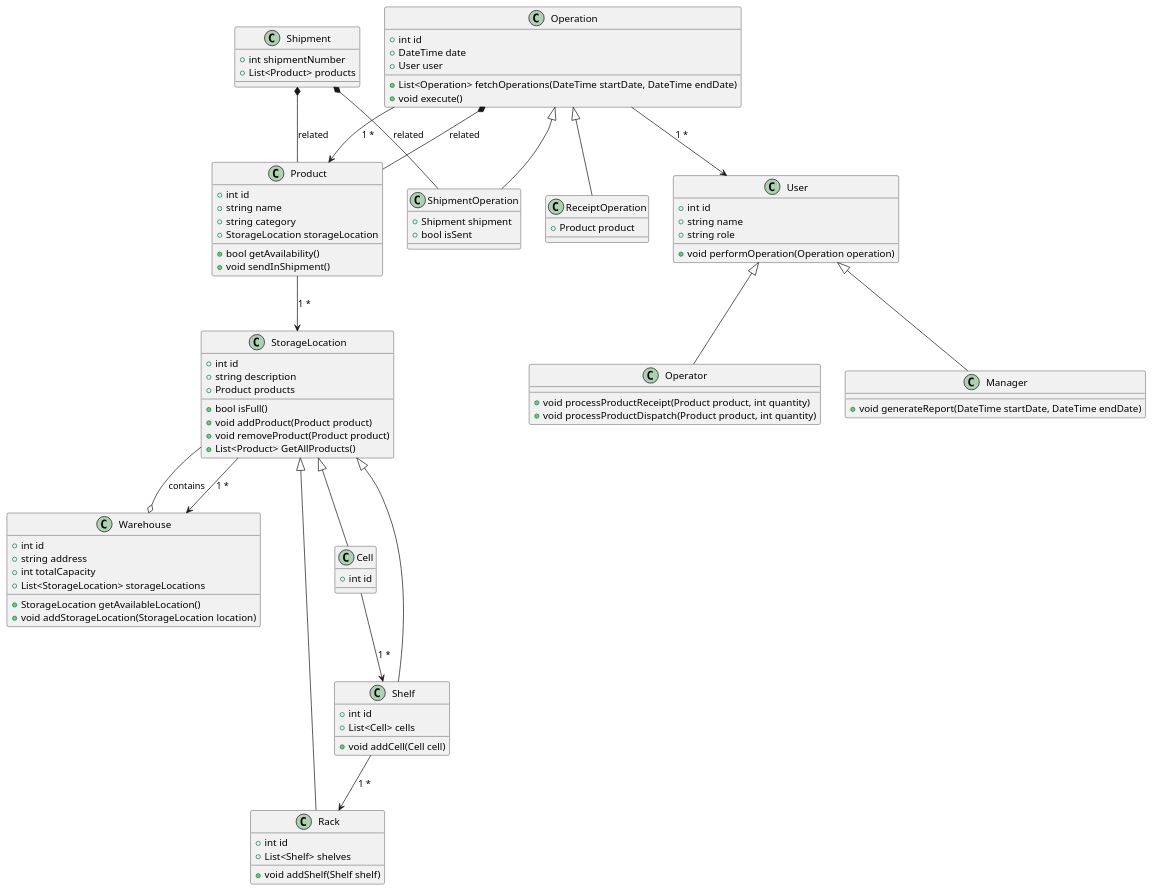
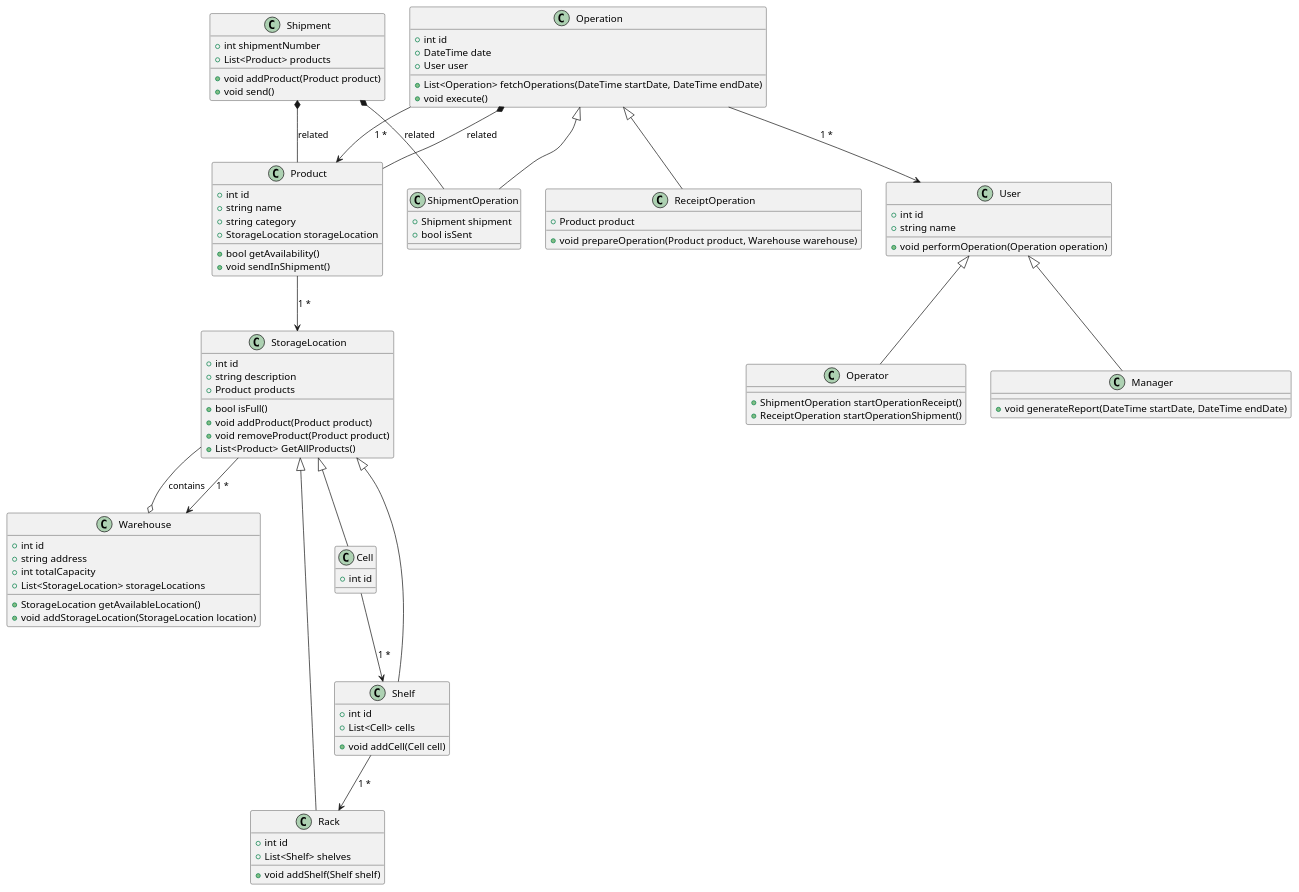
Before and after one commit to penamarth/bsbo-01-22_team6_var6: the diagram in Модель предметной области.md, drawn with PlantUML. The commit also changed 1 other file, not shown here.

```diff
--- a/Модель предметной области.md
+++ b/Модель предметной области.md
@@ -35,12 +35,12 @@
 
 class ReceiptOperation{
     +Product product
+    +void prepareOperation(Product product, Warehouse warehouse)
 }
 
 class User {
     +int id
     +string name
-    +string role
 
     +void performOperation(Operation operation)
 }
@@ -50,8 +50,8 @@
 }
 
 class Operator {
-    +void processProductReceipt(Product product, int quantity)
-    +void processProductDispatch(Product product, int quantity)
+    +ShipmentOperation startOperationReceipt()
+    +ReceiptOperation startOperationShipment()
 }
 
 class StorageLocation {
@@ -83,6 +83,8 @@
 class Shipment{
     +int shipmentNumber
     +List<Product> products
+    +void addProduct(Product product)
+    +void send()
 }
 
 
```
